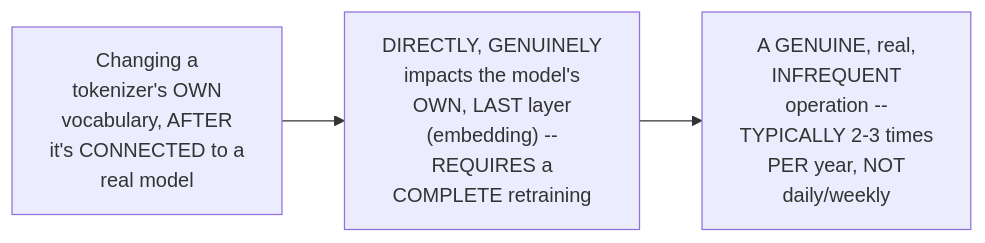
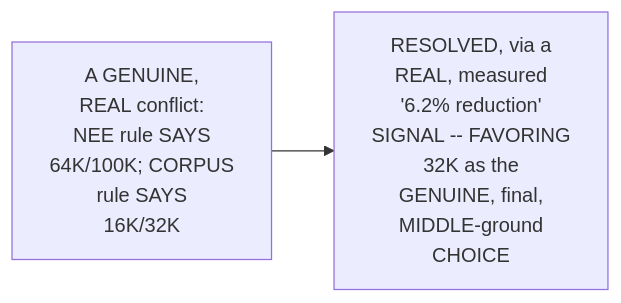
The eighth of 27 diagrams in LLM Production AI Engineering/1. AI Foundations/2. Tokenization/4. Resolving the Vocabulary-Size Conflict.md (sanjeevpalla/Notes), drawn with Mermaid before and after one commit. The commit also changed other lines of this file and 7 other files, not shown here.

````diff
--- a/LLM Production AI Engineering/1. AI Foundations/2. Tokenization/4. Resolving the Vocabulary-Size Conflict.md
+++ b/LLM Production AI Engineering/1. AI Foundations/2. Tokenization/4. Resolving the Vocabulary-Size Conflict.md
@@ -253,5 +192,4 @@
 ```mermaid
 flowchart LR
-    A["Changing a<br/>tokenizer's OWN<br/>vocabulary, AFTER<br/>it's CONNECTED to a<br/>real model"] --> B["DIRECTLY, GENUINELY<br/>impacts the model's<br/>OWN, LAST layer<br/>(embedding) --<br/>REQUIRES a<br/>COMPLETE retraining"]
-    B --> C["A GENUINE, real,<br/>INFREQUENT<br/>operation --<br/>TYPICALLY 2-3 times<br/>PER year, NOT<br/>daily/weekly"]
+    A["A GENUINE,<br/>REAL conflict:<br/>NEE rule SAYS<br/>64K/100K; CORPUS<br/>rule SAYS<br/>16K/32K"] --> B["RESOLVED, via a<br/>REAL, measured<br/>'6.2% reduction'<br/>SIGNAL -- FAVORING<br/>32K as the<br/>GENUINE, final,<br/>MIDDLE-ground<br/>CHOICE"]
 ```
````
